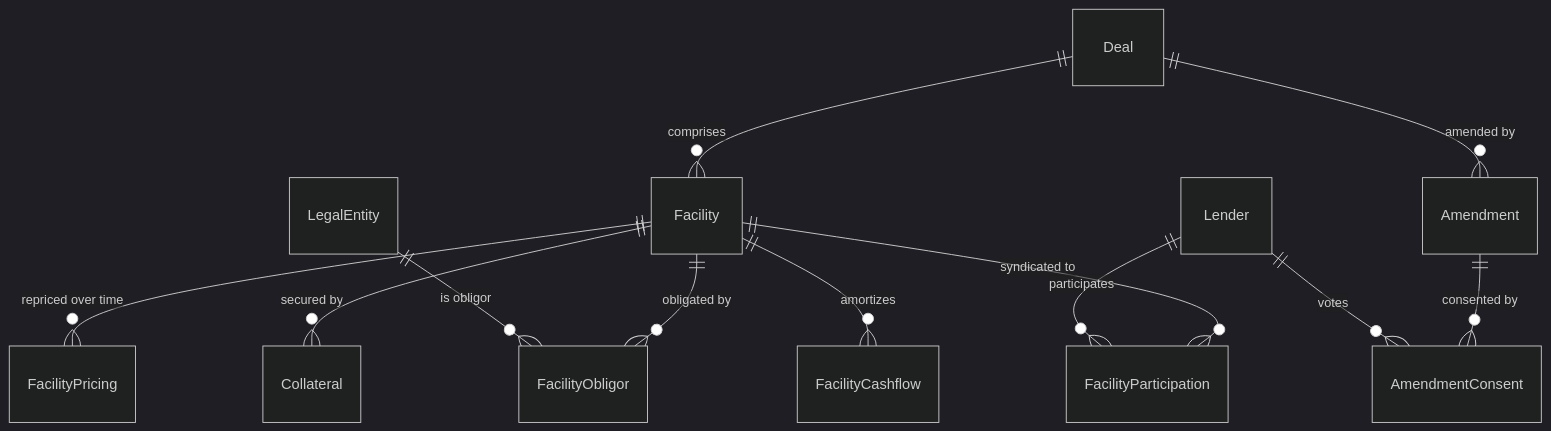
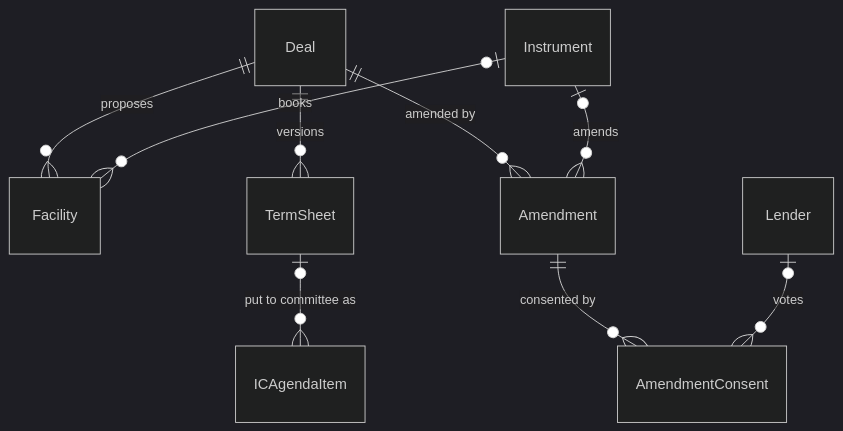
The fourth of 7 diagrams in docs/data-model/README.md (nighthawk6389/pvt-credit-poc), drawn with Mermaid (dark theme) before and after one commit. The commit also changed other lines of this file and 5 other files, not shown here.

````diff
--- a/docs/data-model/README.md
+++ b/docs/data-model/README.md
@@ -142,14 +184,11 @@
 ```mermaid
 erDiagram
-  Deal ||--o{ Facility : "comprises"
-  Facility ||--o{ FacilityPricing : "repriced over time"
-  Facility ||--o{ FacilityObligor : "obligated by"
-  LegalEntity ||--o{ FacilityObligor : "is obligor"
-  Facility ||--o{ Collateral : "secured by"
-  Facility ||--o{ FacilityParticipation : "syndicated to"
-  Lender ||--o{ FacilityParticipation : "participates"
-  Facility ||--o{ FacilityCashflow : "amortizes"
+  Deal ||--o{ Facility : "proposes"
+  Instrument |o--o{ Facility : "books"
+  Deal ||--o{ TermSheet : "versions"
+  TermSheet |o--o{ ICAgendaItem : "put to committee as"
   Deal ||--o{ Amendment : "amended by"
+  Instrument |o--o{ Amendment : "amends"
   Amendment ||--o{ AmendmentConsent : "consented by"
-  Lender ||--o{ AmendmentConsent : "votes"
+  Lender |o--o{ AmendmentConsent : "votes"
 ```
````
